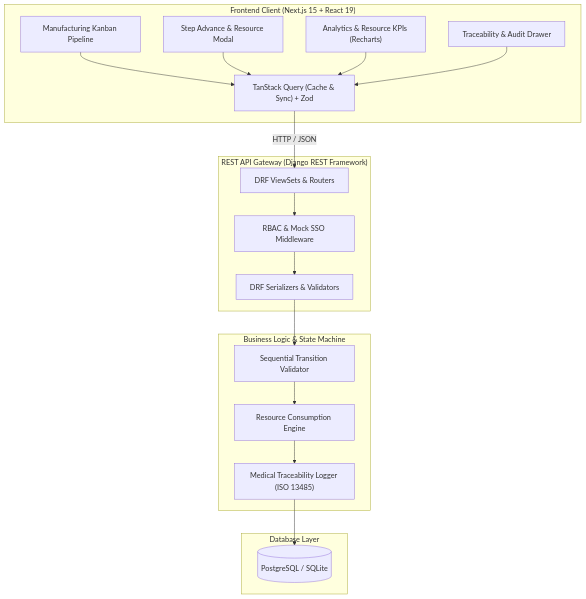
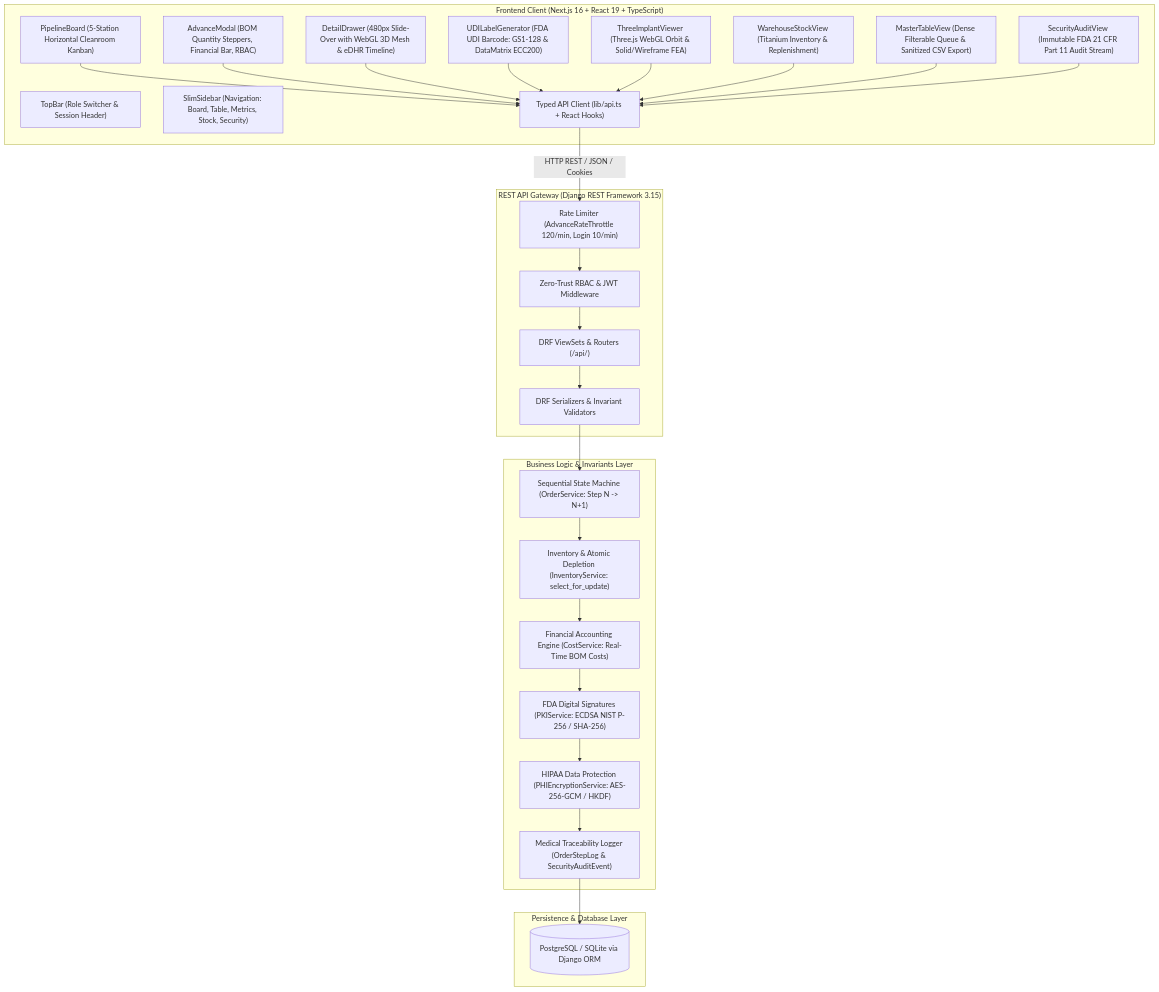
One commit to Khant20Lin06/meticuly-metitrack changed the first of 2 diagrams in docs/ARCHITECTURE.md. Above: the diagram before and after it, drawn with Mermaid. The commit also changed other lines of this file and 2 other files, not shown here.

Commit message:
docs: align ARCHITECTURE, DECISIONS, and SPEC perfectly with actual implementation

````diff
--- a/docs/ARCHITECTURE.md
+++ b/docs/ARCHITECTURE.md
@@ -5,38 +5,56 @@
 ```mermaid
 flowchart TD
-    subgraph Client["Frontend Client (Next.js 15 + React 19)"]
-        UI_Kanban["Manufacturing Kanban Pipeline"]
-        UI_AdvanceModal["Step Advance & Resource Modal"]
-        UI_Dashboard["Analytics & Resource KPIs (Recharts)"]
-        UI_Audit["Traceability & Audit Drawer"]
-        StateMgr["TanStack Query (Cache & Sync) + Zod"]
+    subgraph Client["Frontend Client (Next.js 16 + React 19 + TypeScript)"]
+        UI_TopBar["TopBar (Role Switcher & Session Header)"]
+        UI_Sidebar["SlimSidebar (Navigation: Board, Table, Metrics, Stock, Security)"]
+        UI_Board["PipelineBoard (5-Station Horizontal Cleanroom Kanban)"]
+        UI_AdvanceModal["AdvanceModal (BOM Quantity Steppers, Financial Bar, RBAC)"]
+        UI_Drawer["DetailDrawer (480px Slide-Over with WebGL 3D Mesh & eDHR Timeline)"]
+        UI_UDI["UDILabelGenerator (FDA UDI Barcode: GS1-128 & DataMatrix ECC200)"]
+        UI_Three["ThreeImplantViewer (Three.js WebGL Orbit & Solid/Wireframe FEA)"]
+        UI_Stock["WarehouseStockView (Titanium Inventory & Replenishment)"]
+        UI_Table["MasterTableView (Dense Filterable Queue & Sanitized CSV Export)"]
+        UI_Audit["SecurityAuditView (Immutable FDA 21 CFR Part 11 Audit Stream)"]
+        StateMgr["Typed API Client (lib/api.ts + React Hooks)"]
     end
 
-    subgraph API_Gateway["REST API Gateway (Django REST Framework)"]
-        Auth_RBAC["RBAC & Mock SSO Middleware"]
-        Router["DRF ViewSets & Routers"]
-        Serializers["DRF Serializers & Validators"]
+    subgraph API_Gateway["REST API Gateway (Django REST Framework 3.15)"]
+        Auth_RBAC["Zero-Trust RBAC & JWT Middleware"]
+        Throttle["Rate Limiter (AdvanceRateThrottle 120/min, Login 10/min)"]
+        Router["DRF ViewSets & Routers (/api/)"]
+        Serializers["DRF Serializers & Invariant Validators"]
     end
 
-    subgraph Core_Engine["Business Logic & State Machine"]
-        StateMachine["Sequential Transition Validator"]
-        ResourceTracker["Resource Consumption Engine"]
-        AuditLogger["Medical Traceability Logger (ISO 13485)"]
+    subgraph Core_Engine["Business Logic & Invariants Layer"]
+        StateMachine["Sequential State Machine (OrderService: Step N -> N+1)"]
+        ResourceTracker["Inventory & Atomic Depletion (InventoryService: select_for_update)"]
+        CostEngine["Financial Accounting Engine (CostService: Real-Time BOM Costs)"]
+        PKIEngine["FDA Digital Signatures (PKIService: ECDSA NIST P-256 / SHA-256)"]
+        PHICrypto["HIPAA Data Protection (PHIEncryptionService: AES-256-GCM / HKDF)"]
+        AuditLogger["Medical Traceability Logger (OrderStepLog & SecurityAuditEvent)"]
     end
 
-    subgraph Persistence["Database Layer"]
-        DB[(PostgreSQL / SQLite)]
+    subgraph Persistence["Persistence & Database Layer"]
+        DB[(PostgreSQL / SQLite via Django ORM)]
     end
 
-    UI_Kanban --> StateMgr
+    UI_Board --> StateMgr
     UI_AdvanceModal --> StateMgr
-    UI_Dashboard --> StateMgr
+    UI_Drawer --> StateMgr
+    UI_UDI --> StateMgr
+    UI_Three --> StateMgr
+    UI_Stock --> StateMgr
+    UI_Table --> StateMgr
     UI_Audit --> StateMgr
-    StateMgr -->|HTTP / JSON| Router
-    Router --> Auth_RBAC
-    Auth_RBAC --> Serializers
+    StateMgr -->|HTTP REST / JSON / Cookies| Throttle
+    Throttle --> Auth_RBAC
+    Auth_RBAC --> Router
+    Router --> Serializers
     Serializers --> StateMachine
     StateMachine --> ResourceTracker
-    ResourceTracker --> AuditLogger
+    ResourceTracker --> CostEngine
+    CostEngine --> PKIEngine
+    PKIEngine --> PHICrypto
+    PHICrypto --> AuditLogger
     AuditLogger --> DB
 ```
````
